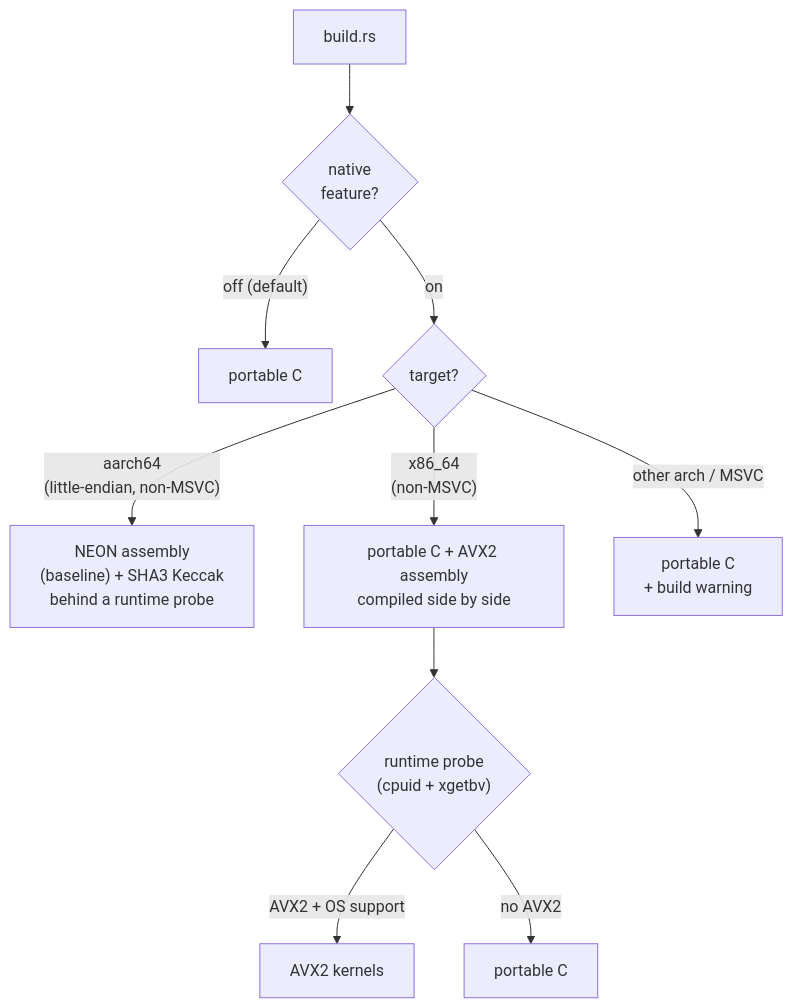
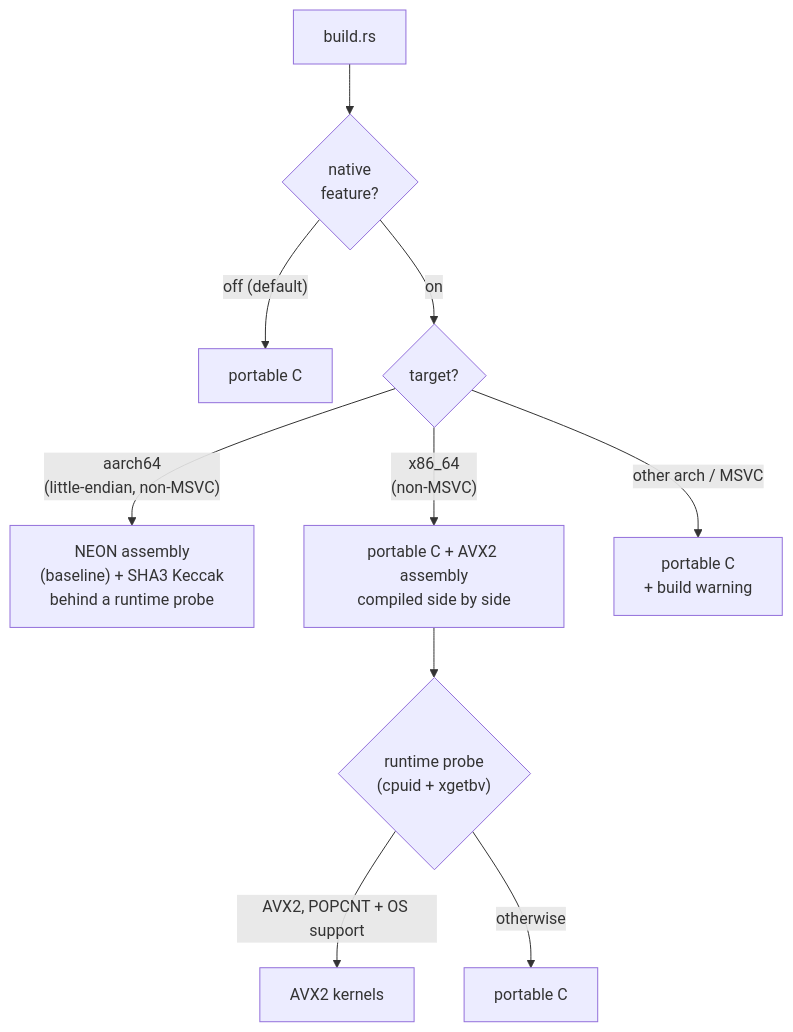
The first of 2 diagrams in README.md (MystenLabs/mysten-mldsa-native-rs), drawn with Mermaid before and after one commit. The commit also changed other lines of this file and 14 other files, not shown here.

````diff
--- a/README.md
+++ b/README.md
@@ -99,13 +101,13 @@
 ```mermaid
 flowchart TD
     A["build.rs"]
     A --> C{"native<br/>feature?"}
     C -- "off (default)" --> P1["portable C"]
     C -- on --> D{"target?"}
     D -- "aarch64<br/>(little-endian, non-MSVC)" --> N["NEON assembly<br/>(baseline) + SHA3 Keccak<br/>behind a runtime probe"]
     D -- "x86_64<br/>(non-MSVC)" --> X["portable C + AVX2 assembly<br/>compiled side by side"]
     D -- "other arch / MSVC" --> P2["portable C<br/>+ build warning"]
     X --> R{"runtime probe<br/>(cpuid + xgetbv)"}
-    R -- "AVX2 + OS support" --> AV["AVX2 kernels"]
-    R -- "no AVX2" --> P3["portable C"]
+    R -- "AVX2, POPCNT + OS support" --> AV["AVX2 kernels"]
+    R -- "otherwise" --> P3["portable C"]
 ```
````
